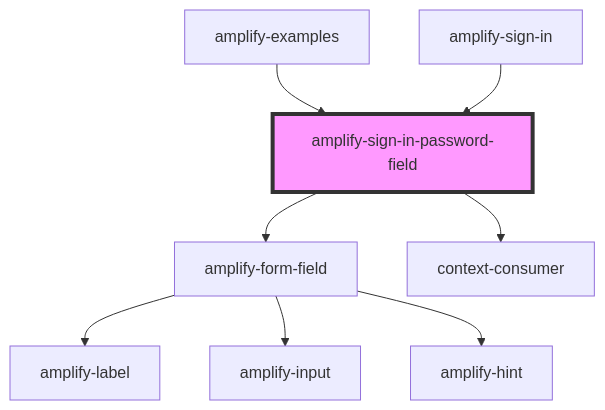
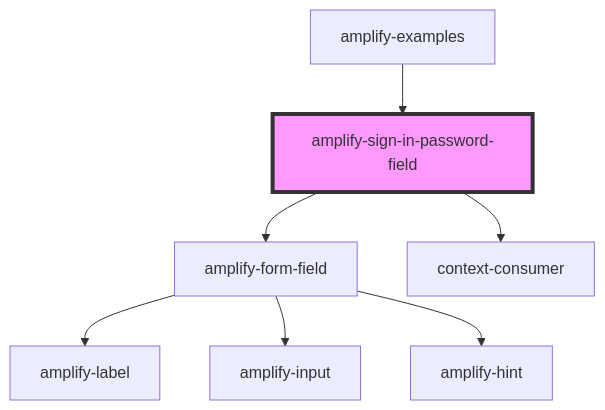
One commit to aws-amplify/amplify-js changed the diagram in packages/amplify-ui-components/src/components/amplify-sign-in-password-field/readme.md. Above: the diagram before and after it, drawn with Mermaid. The commit also changed other lines of this file and 12 other files, not shown here.

````diff
--- a/packages/amplify-ui-components/src/components/amplify-sign-in-password-field/readme.md
+++ b/packages/amplify-ui-components/src/components/amplify-sign-in-password-field/readme.md
@@ -33,11 +32,10 @@
 ```mermaid
 graph TD;
   amplify-sign-in-password-field --> amplify-form-field
   amplify-sign-in-password-field --> context-consumer
   amplify-form-field --> amplify-label
   amplify-form-field --> amplify-input
   amplify-form-field --> amplify-hint
   amplify-examples --> amplify-sign-in-password-field
-  amplify-sign-in --> amplify-sign-in-password-field
   style amplify-sign-in-password-field fill:#f9f,stroke:#333,stroke-width:4px
 ```
````
